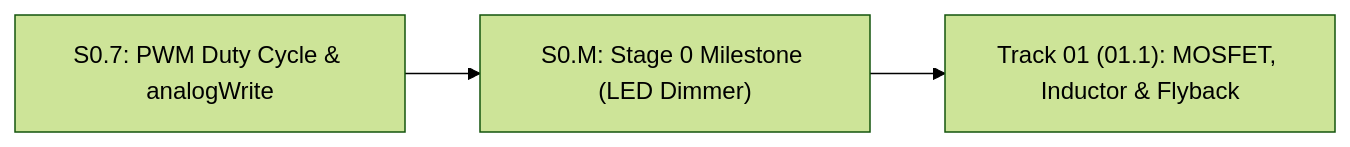
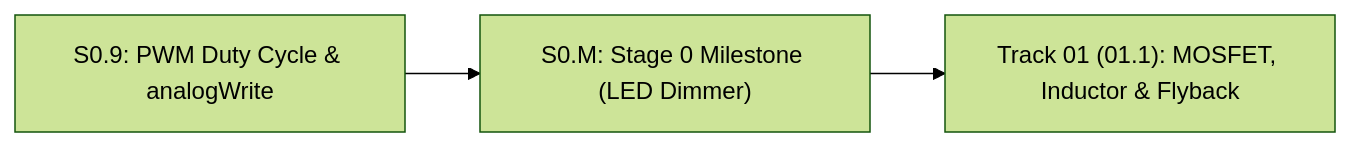
The diagram in stage-0/S0.M-stage-0-milestone.md (TLE47/Mechatronics-Roadmap), drawn with Mermaid (forest theme) before and after one commit. The commit also changed other lines of this file and 58 other files, not shown here.

````diff
--- a/stage-0/S0.M-stage-0-milestone.md
+++ b/stage-0/S0.M-stage-0-milestone.md
@@ -16,5 +25,5 @@
 ```mermaid
 flowchart LR
-    S07["S0.7: PWM Duty Cycle & analogWrite"] --> S0M["S0.M: Stage 0 Milestone (LED Dimmer)"]
+    S09["S0.9: PWM Duty Cycle & analogWrite"] --> S0M["S0.M: Stage 0 Milestone (LED Dimmer)"]
     S0M --> L011["Track 01 (01.1): MOSFET, Inductor & Flyback"]
 ```
````
